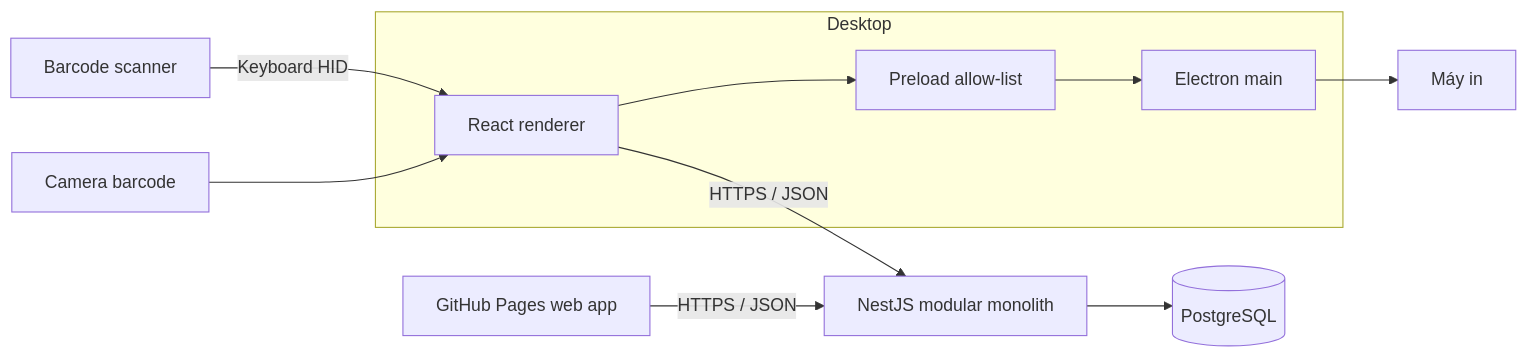
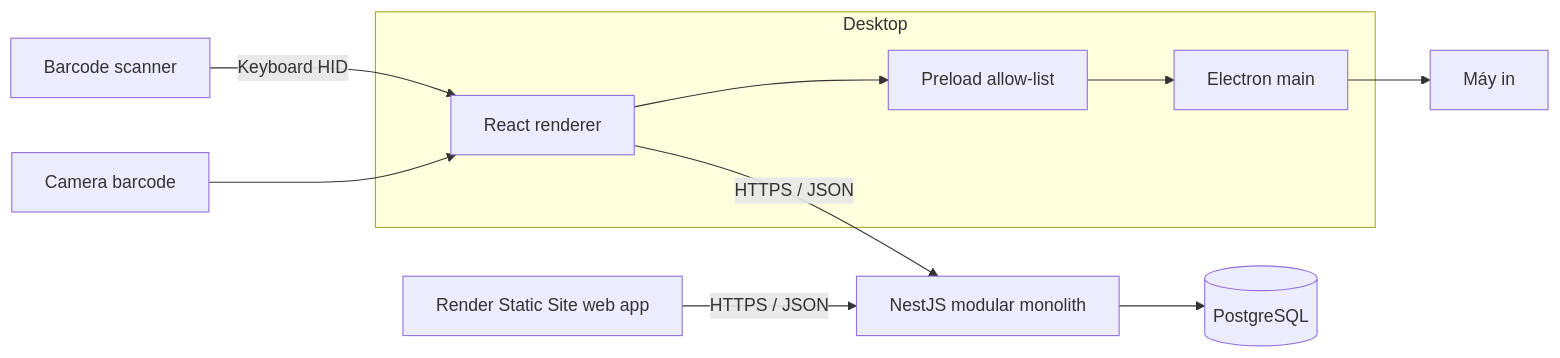
The first of 2 diagrams in docs/ARCHITECTURE.md (tuyen12081707/inventory-desktop-suite-source), drawn with Mermaid before and after one commit. The commit also changed 5 other files, not shown here.

Commit message:
feat: deploy private web app on Render static site

````diff
--- a/docs/ARCHITECTURE.md
+++ b/docs/ARCHITECTURE.md
@@ -10,16 +10,16 @@
 ```mermaid
 flowchart LR
     subgraph Desktop
       React["React renderer"]
       Preload["Preload allow-list"]
       Main["Electron main"]
       React --> Preload --> Main
     end
 
     Scanner["Barcode scanner"] -->|"Keyboard HID"| React
     Camera["Camera barcode"] --> React
-    Web["GitHub Pages web app"] -->|"HTTPS / JSON"| API
+    Web["Render Static Site web app"] -->|"HTTPS / JSON"| API
     Main --> Printer["Máy in"]
     React -->|"HTTPS / JSON"| API["NestJS modular monolith"]
     API --> DB[("PostgreSQL")]
 ```
````
